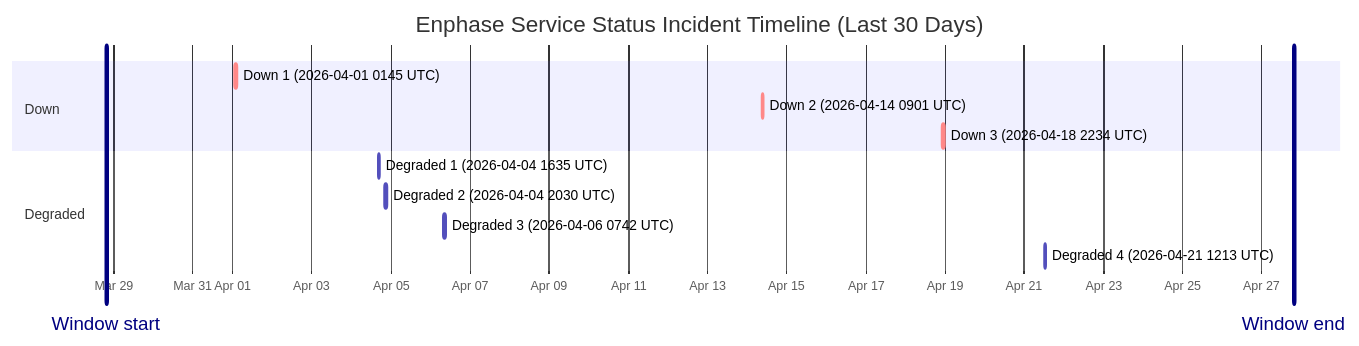
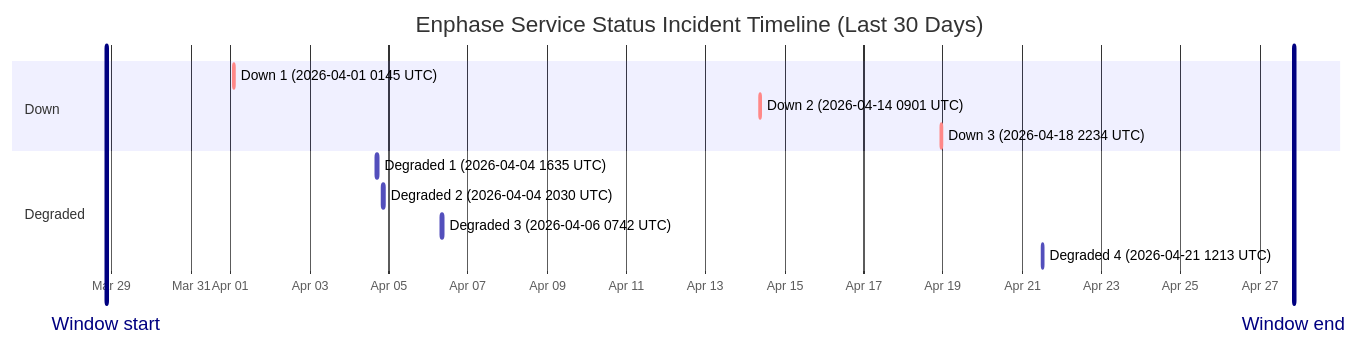
Before and after one commit to barneyonline/ha-enphase-ev-charger: the diagram in wiki/Service-Status-History.md, drawn with Mermaid. The commit also changed other lines of this file and 3 other files, not shown here.

````diff
--- a/wiki/Service-Status-History.md
+++ b/wiki/Service-Status-History.md
@@ -14,17 +14,17 @@
 ```mermaid
 gantt
     title Enphase Service Status Incident Timeline (Last 30 Days)
     dateFormat  YYYY-MM-DDTHH:mm:ss
     axisFormat  %b %d
-    Window start :vert, window-start, 2026-03-28T19:20:07, 0ms
-    Window end :vert, window-end, 2026-04-27T19:20:07, 0ms
+    Window start :vert, window-start, 2026-03-28T20:38:43, 0ms
+    Window end :vert, window-end, 2026-04-27T20:38:43, 0ms
     section Down
     Down 1 (2026-04-01 0145 UTC) :crit, down-1, 2026-04-01T01:45:09, 60m
     Down 2 (2026-04-14 0901 UTC) :crit, down-2, 2026-04-14T09:01:13, 60m
     Down 3 (2026-04-18 2234 UTC) :crit, down-3, 2026-04-18T22:34:13, 60m
     section Degraded
     Degraded 1 (2026-04-04 1635 UTC) :active, degraded-1, 2026-04-04T16:35:17, 60m
     Degraded 2 (2026-04-04 2030 UTC) :active, degraded-2, 2026-04-04T20:30:40, 60m
     Degraded 3 (2026-04-06 0742 UTC) :active, degraded-3, 2026-04-06T07:42:09, 85m
     Degraded 4 (2026-04-21 1213 UTC) :active, degraded-4, 2026-04-21T12:13:11, 60m
 ```
````
